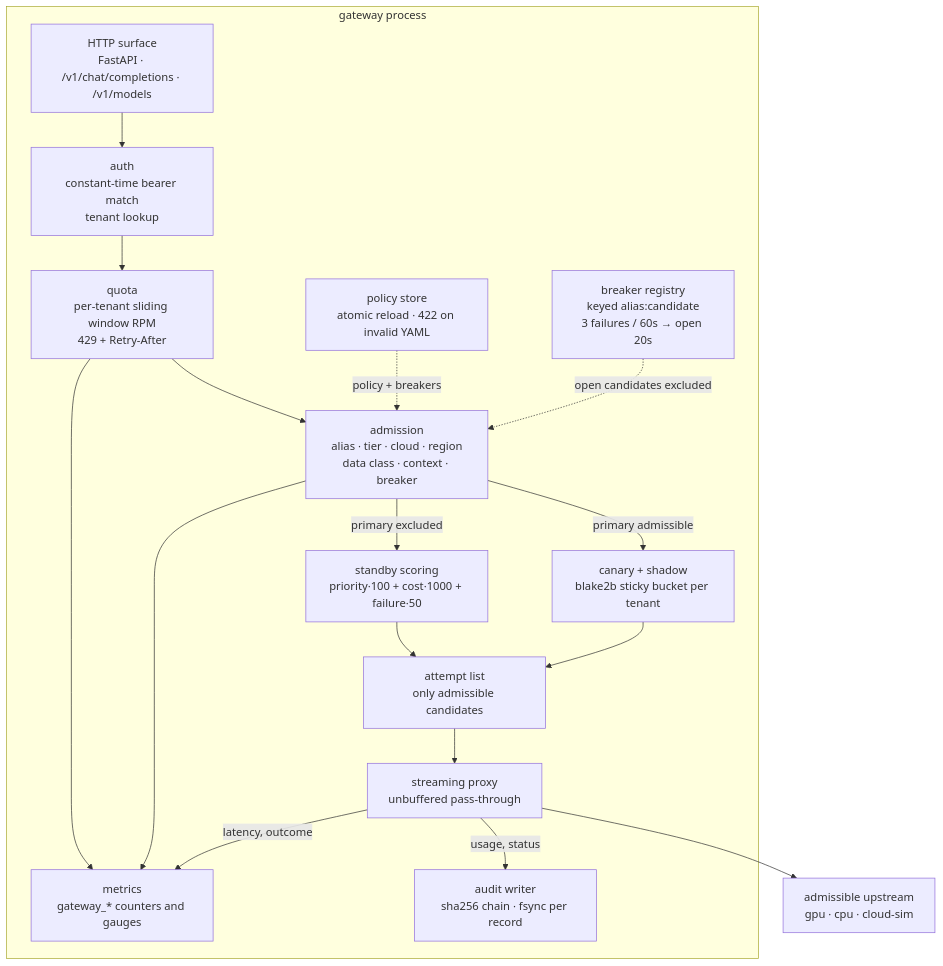
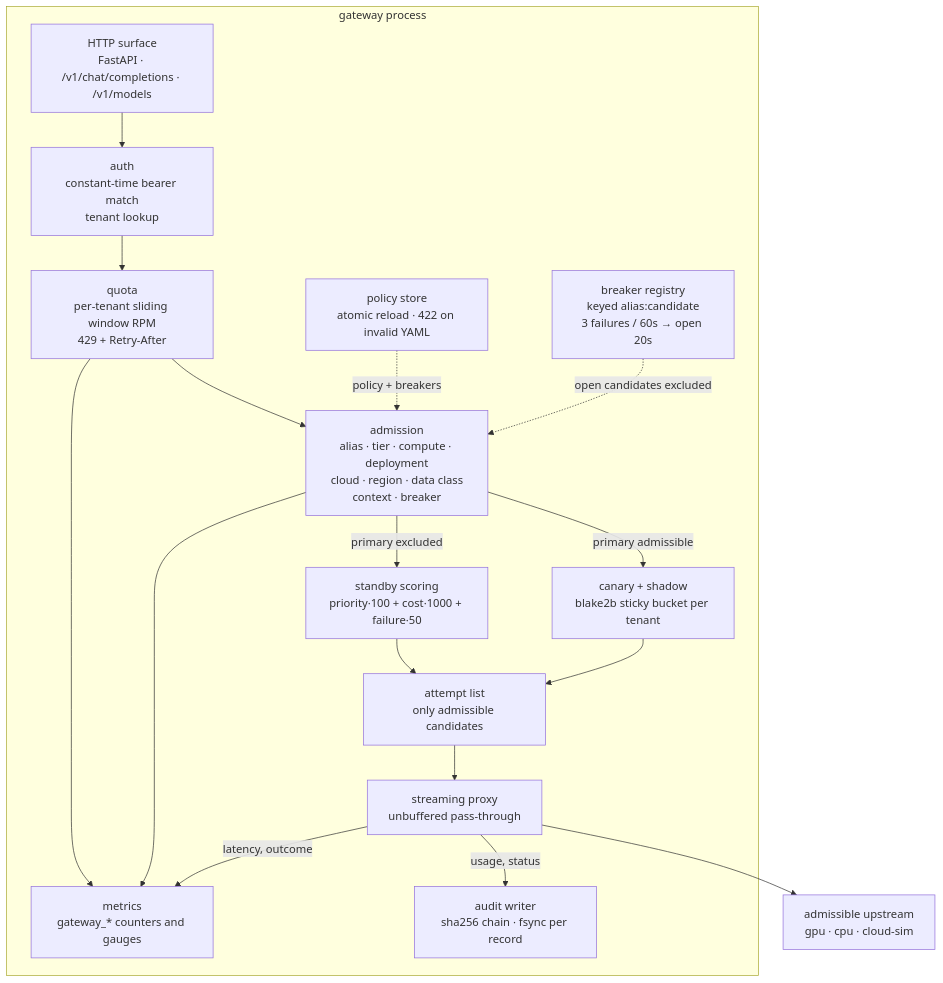
One commit to mahi80/SLM-FIne-Tuned-Inference changed the third of 6 diagrams in docs/architecture/c4.md. Above: the diagram before and after it, drawn with Mermaid. The commit also changed 23 other files, not shown here.

First line of the commit message:
Make capacity a pool registry and split compute from deployment

````diff
--- a/docs/architecture/c4.md
+++ b/docs/architecture/c4.md
@@ -122,32 +122,32 @@
 ```mermaid
 flowchart TB
   subgraph GW["gateway process"]
     HTTP["HTTP surface<br/>FastAPI · /v1/chat/completions · /v1/models"]
     AUTH["auth<br/>constant-time bearer match<br/>tenant lookup"]
     QUOTA["quota<br/>per-tenant sliding window RPM<br/>429 + Retry-After"]
     POL["policy store<br/>atomic reload · 422 on invalid YAML"]
-    ADM["admission<br/>alias · tier · cloud · region<br/>data class · context · breaker"]
+    ADM["admission<br/>alias · tier · compute · deployment<br/>cloud · region · data class<br/>context · breaker"]
     CAN["canary + shadow<br/>blake2b sticky bucket per tenant"]
     SCORE["standby scoring<br/>priority·100 + cost·1000 + failure·50"]
     BRK["breaker registry<br/>keyed alias:candidate<br/>3 failures / 60s → open 20s"]
     ATT["attempt list<br/>only admissible candidates"]
     PROXY["streaming proxy<br/>unbuffered pass-through"]
     AUD["audit writer<br/>sha256 chain · fsync per record"]
     MET["metrics<br/>gateway_* counters and gauges"]
   end
 
   UP["admissible upstream<br/>gpu · cpu · cloud-sim"]
 
   HTTP --> AUTH --> QUOTA --> ADM
   POL -.->|"policy + breakers"| ADM
   BRK -.->|"open candidates excluded"| ADM
   ADM -->|"primary admissible"| CAN
   ADM -->|"primary excluded"| SCORE
   CAN --> ATT
   SCORE --> ATT
   ATT --> PROXY --> UP
   PROXY -->|"usage, status"| AUD
   PROXY -->|"latency, outcome"| MET
   QUOTA --> MET
   ADM --> MET
 ```
````
